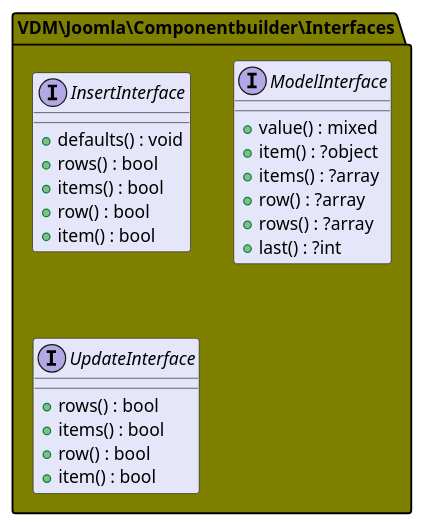
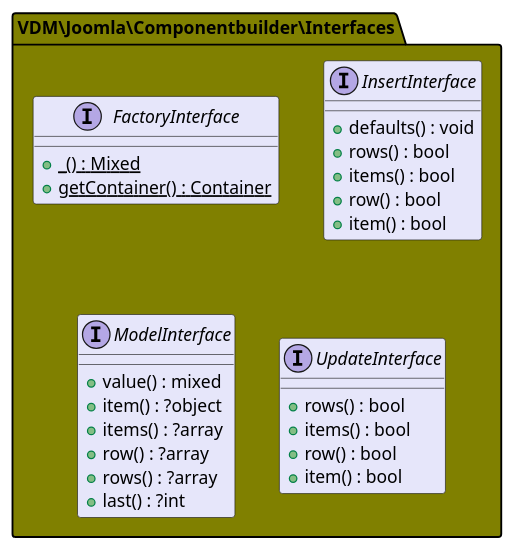
Before and after one commit to joomengine/super-powers: the sixth of 9 diagrams in README.md, drawn with PlantUML. The commit also changed other lines of this file and 6 other files, not shown here.

````diff
--- a/README.md
+++ b/README.md
@@ -352,34 +353,39 @@
 ```uml
 @startuml
 
 namespace VDM\Joomla\Componentbuilder\Interfaces #Olive {
 
+
+  interface FactoryInterface  #Lavender {
+    + {static} _() : Mixed
+    + {static} getContainer() : Container
+  }
 
   interface InsertInterface  #Lavender {
     + defaults() : void
     + rows() : bool
     + items() : bool
     + row() : bool
     + item() : bool
   }
 
   interface ModelInterface  #Lavender {
     + value() : mixed
     + item() : ?object
     + items() : ?array
     + row() : ?array
     + rows() : ?array
     + last() : ?int
   }
 
   interface UpdateInterface  #Lavender {
     + rows() : bool
     + items() : bool
     + row() : bool
     + item() : bool
   }
 }
 
 
 @enduml
 ```
````
